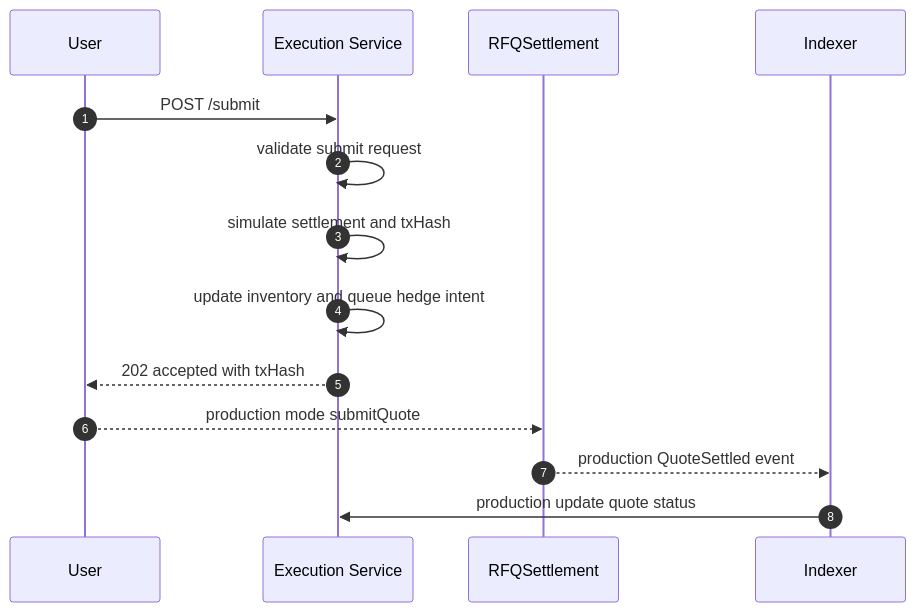
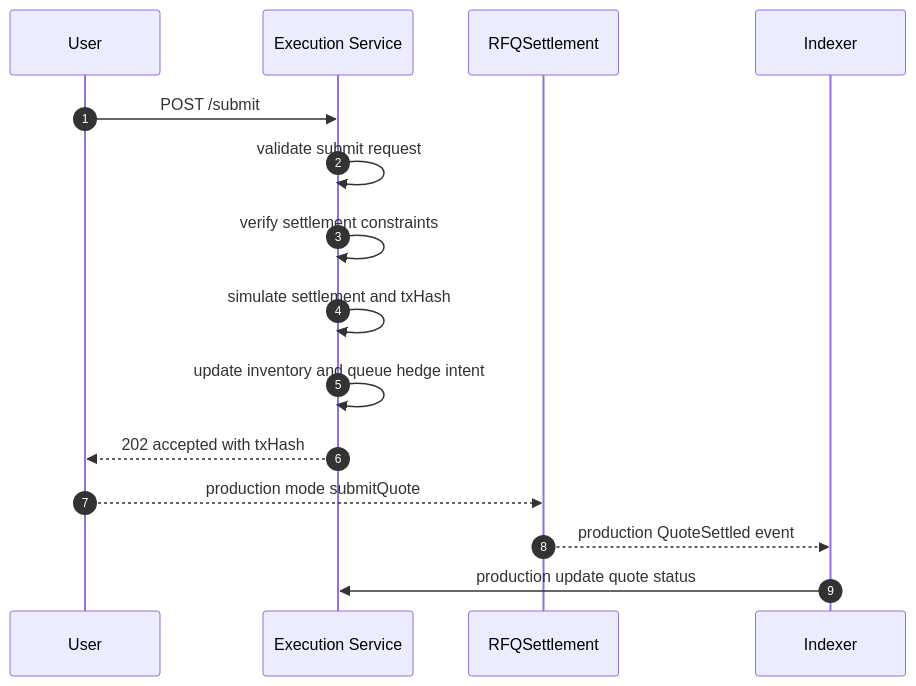
Before and after one commit to alvis-ai/production-grade-web3-rfq-market-maker: the second of 3 diagrams in book/Volume5-BackendEngineering/Chapter06-Execution-Service.md, drawn with Mermaid. The commit also changed other lines of this file and 8 other files, not shown here.

Commit message:
feat: verify settlement before execution

````diff
--- a/book/Volume5-BackendEngineering/Chapter06-Execution-Service.md
+++ b/book/Volume5-BackendEngineering/Chapter06-Execution-Service.md
@@ -77,17 +79,18 @@
 ```mermaid
 sequenceDiagram
   autonumber
   participant U as User
   participant E as Execution Service
   participant C as RFQSettlement
   participant I as Indexer
 
   U->>E: POST /submit
   E->>E: validate submit request
+  E->>E: verify settlement constraints
   E->>E: simulate settlement and txHash
   E->>E: update inventory and queue hedge intent
   E-->>U: 202 accepted with txHash
   U-->>C: production mode submitQuote
   C-->>I: production QuoteSettled event
   I->>E: production update quote status
 ```
````
